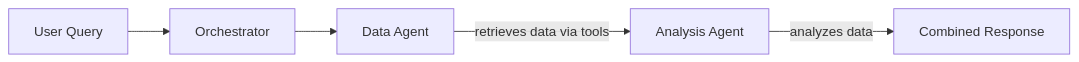
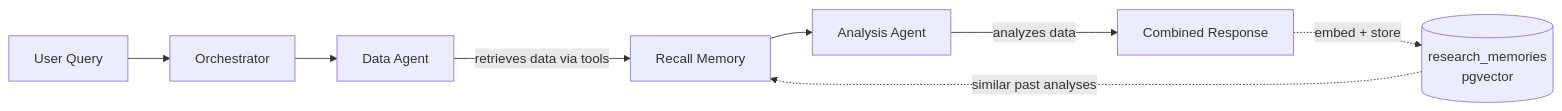
One commit to RichChang963/Trading-Assistant changed the diagram in docs/MULTI-AGENT_SYSTEM.md. Above: the diagram before and after it, drawn with Mermaid. The commit also changed other lines of this file and 5 other files, not shown here.

````diff
--- a/docs/MULTI-AGENT_SYSTEM.md
+++ b/docs/MULTI-AGENT_SYSTEM.md
@@ -13,7 +13,10 @@
 ```mermaid
 graph LR
     A[User Query] --> B[Orchestrator]
     B --> C[Data Agent]
-    C -->|retrieves data via tools| D[Analysis Agent]
+    C -->|retrieves data via tools| M[Recall Memory]
+    P[(research_memories<br/>pgvector)] -.->|similar past analyses| M
+    M --> D[Analysis Agent]
     D -->|analyzes data| E[Combined Response]
+    E -.->|embed + store| P
 ```
````
